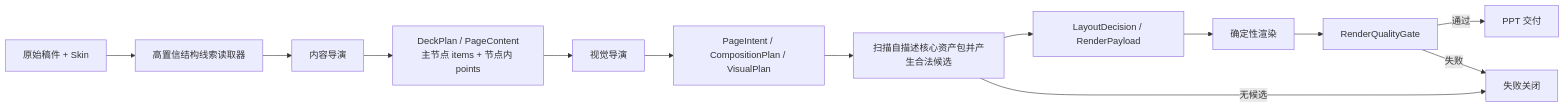
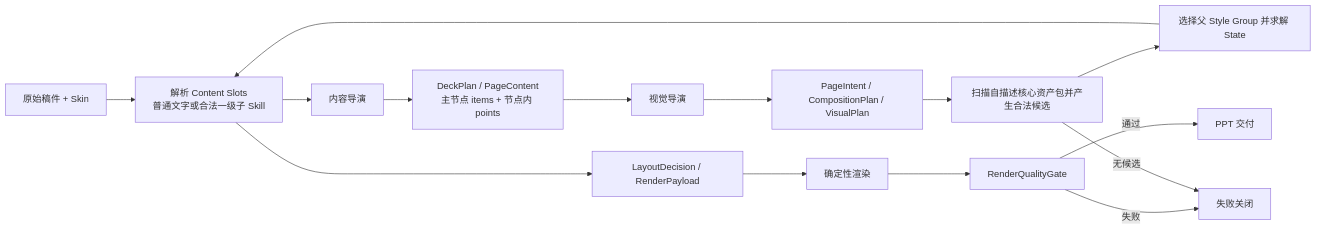
Before and after one commit to NEUwpy/PPagenT: the first of 2 diagrams in docs/工作流/正式生成/工作流.md, drawn with Mermaid. The commit also changed other lines of this file and 33 other files, not shown here.

````diff
--- a/docs/工作流/正式生成/工作流.md
+++ b/docs/工作流/正式生成/工作流.md
@@ -7,15 +7,17 @@
 ```mermaid
 flowchart LR
     A["原始稿件 + Skin"] --> S["高置信结构线索读取器"]
     S --> B["内容导演"]
     B --> C["DeckPlan / PageContent\n主节点 items + 节点内 points"]
     C --> D["视觉导演"]
     D --> E["PageIntent / CompositionPlan / VisualPlan"]
     E --> F["扫描自描述核心资产包并产生合法候选"]
-    F --> G["LayoutDecision / RenderPayload"]
-    G --> H["确定性渲染"]
+    F --> G["选择父 Style Group 并求解 State"]
+    G --> S["解析 Content Slots\n普通文字或合法一级子 Skill"]
+    S --> R["LayoutDecision / RenderPayload"]
+    R --> H["确定性渲染"]
     H --> I["RenderQualityGate"]
     I -->|通过| J["PPT 交付"]
     I -->|失败| K["失败关闭"]
     F -->|无候选| K
 ```
````
